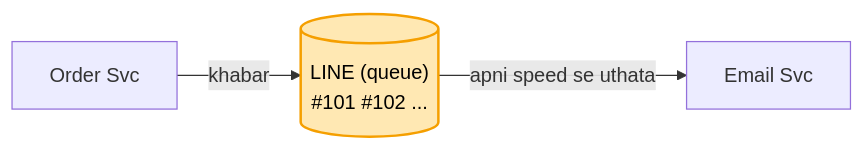
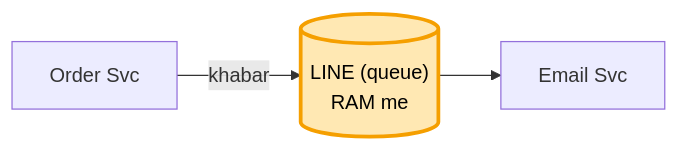
The second of 18 diagrams in 04_HLD/SYSTEM_DESIGNS/12_message_queue_kafka/kafka_seedha.md (ArpanMaheshwari144/Prep), drawn with Mermaid before and after one commit. The commit also changed other lines of this file, not shown here.

````diff
--- a/04_HLD/SYSTEM_DESIGNS/12_message_queue_kafka/kafka_seedha.md
+++ b/04_HLD/SYSTEM_DESIGNS/12_message_queue_kafka/kafka_seedha.md
@@ -44,5 +44,5 @@
 ```mermaid
 flowchart LR
-    O["Order Svc"] -- khabar --> L[("LINE (queue)<br/>#101 #102 ...")] -- "apni speed se uthata" --> E["Email Svc"]
-    style L fill:#ffe8b3,stroke:#f59f00,stroke-width:2px,color:#000
+    O["Order Svc"] -- khabar --> L[("LINE (queue)<br/>RAM me")] --> E["Email Svc"]
+    style L fill:#ffe8b3,stroke:#f59f00,stroke-width:3px,color:#000
 ```
````
